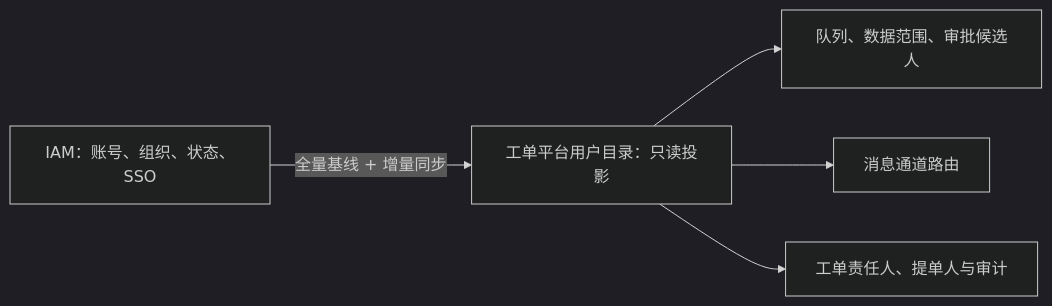
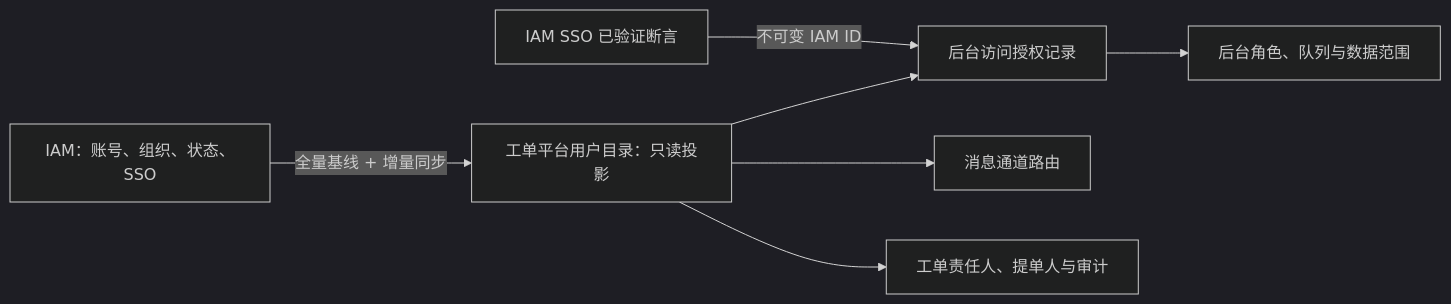
One commit to liuj347555297-spec/ticket changed the first of 2 diagrams in docs/06-身份与消息通道设计.md. Above: the diagram before and after it, drawn with Mermaid (dark theme). The commit also changed other lines of this file and 199 other files, not shown here.

````diff
--- a/docs/06-身份与消息通道设计.md
+++ b/docs/06-身份与消息通道设计.md
@@ -11,7 +11,9 @@
 ```mermaid
 flowchart LR
   IAM["IAM：账号、组织、状态、SSO"] -->|"全量基线 + 增量同步"| DIR["工单平台用户目录：只读投影"]
-  DIR --> AUTH["队列、数据范围、审批候选人"]
+  SSO["IAM SSO 已验证断言"] -->|"不可变 IAM ID"| ACCESS["后台访问授权记录"]
+  DIR --> ACCESS
+  ACCESS --> AUTH["后台角色、队列与数据范围"]
   DIR --> MSG["消息通道路由"]
   DIR --> TKT["工单责任人、提单人与审计"]
 ```
````
